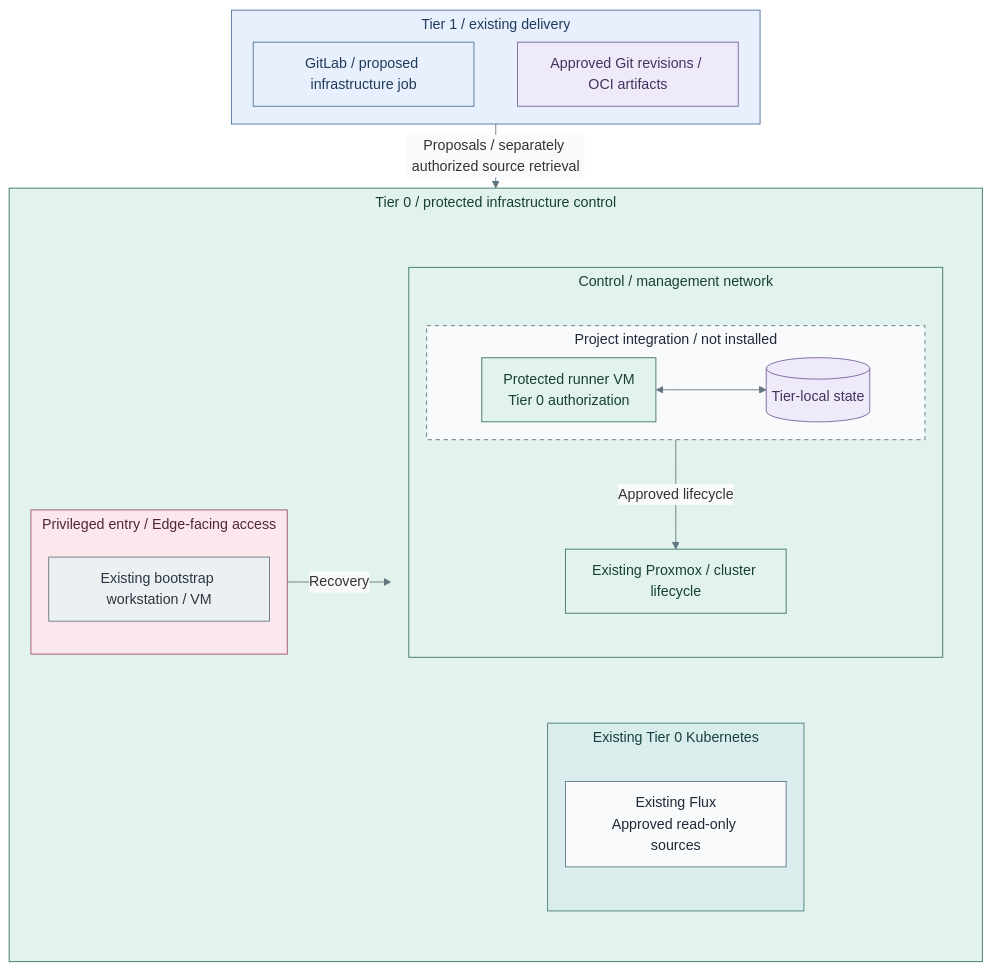
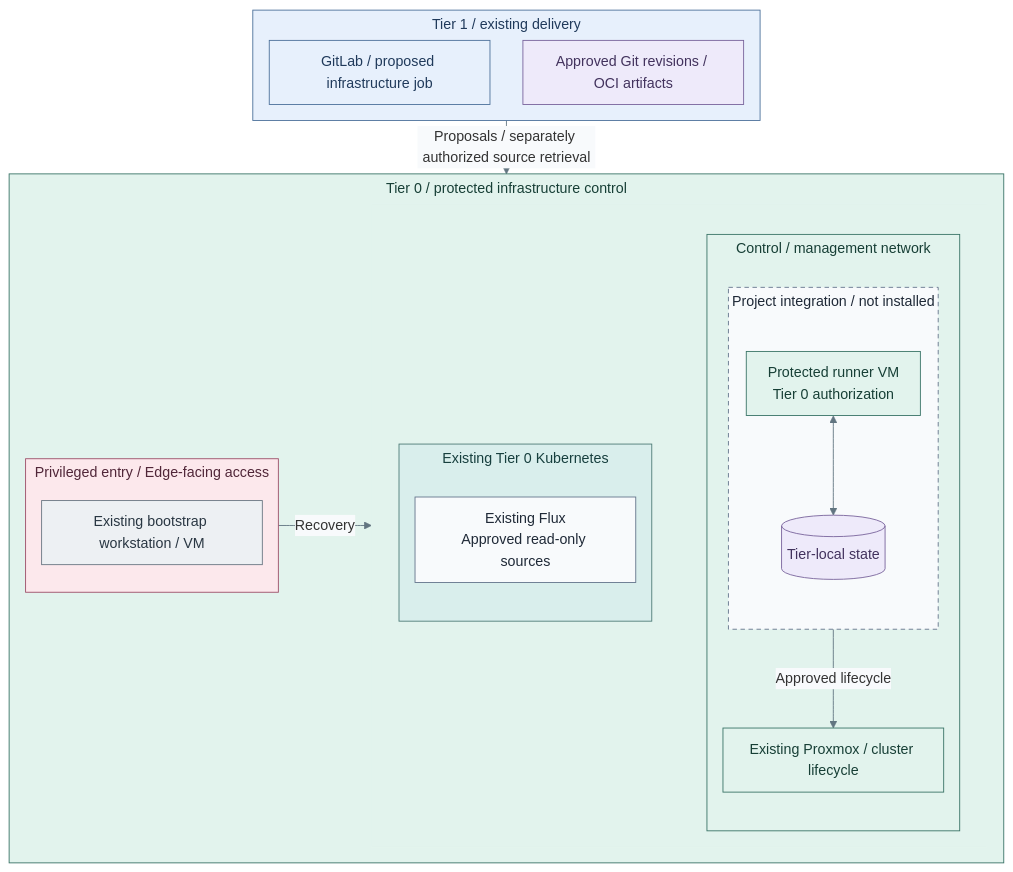
One commit to Rexus/homelab changed the second of 2 diagrams in docs/deployment/stage-5-delivery/README.md. Above: the diagram before and after it, drawn with Mermaid. The commit also changed other lines of this file and 89 other files, not shown here.

Commit message:
docs(deployment): align capability stages and diagrams

````diff
--- a/docs/deployment/stage-5-delivery/README.md
+++ b/docs/deployment/stage-5-delivery/README.md
@@ -99,52 +99,52 @@
 ```mermaid
-%%{init: {"theme":"base","flowchart":{"nodeSpacing":20,"rankSpacing":24,"padding":12,"subGraphTitleMargin":{"top":4,"bottom":12}},"themeVariables":{"lineColor":"#627581","edgeLabelBackground":"#f8fafc"}}}%%
+%%{init: {"theme":"base","flowchart":{"nodeSpacing":16,"rankSpacing":12,"padding":12,"subGraphTitleMargin":{"top":4,"bottom":12}},"themeVariables":{"lineColor":"#627581","edgeLabelBackground":"#f8fafc"}}}%%
 flowchart TB
   subgraph T1["Tier 1 / existing delivery"]
     Git["GitLab / proposed infrastructure job"]
     Sources["Approved Git revisions / OCI artifacts"]
     Git ~~~ Sources
   end
   subgraph T0["Tier 0 / protected infrastructure control"]
     direction LR
       subgraph Entry["Privileged entry / Edge-facing access"]
         Bootstrap["Existing bootstrap workstation / VM"]
       end
       subgraph ControlArea[" "]
-        direction TB
+        direction LR
+      subgraph Cluster["Existing Tier 0 Kubernetes"]
+        Flux["Existing Flux<br/>Approved read-only sources"]
+      end
       subgraph Management["Control / management network"]
         direction TB
         subgraph Integration["Project integration / not installed"]
-          direction LR
+          direction TB
           Runner["Protected runner VM<br/>Tier 0 authorization"]
           State[("Tier-local state")]
           Runner <--> State
         end
         PVE["Existing Proxmox / cluster lifecycle"]
-        Integration -->|Approved lifecycle| PVE
+        Runner -->|Approved lifecycle| PVE
       end
-      subgraph Cluster["Existing Tier 0 Kubernetes"]
-        Flux["Existing Flux<br/>Approved read-only sources"]
-      end
-      Management ~~~ Cluster
+      Cluster ~~~ Management
       end
       Entry -->|Recovery| ControlArea
   end
   T1 -->|Proposals / separately authorized source retrieval| T0
   classDef default fill:#f8fafc,stroke:#64748b,color:#1f2937
   classDef services fill:#e7f0fc,stroke:#4d719b,color:#203a5b
   classDef control fill:#e2f3ed,stroke:#397366,color:#173f36
   classDef controlHeading fill:#e2f3ed,stroke:#e2f3ed,color:#173f36
   classDef runtime fill:#d9eeec,stroke:#4d7b77,color:#173f3e
   classDef edge fill:#fce8ec,stroke:#9b4d67,color:#502638
   classDef actor fill:#edf0f3,stroke:#697682,color:#293642
   classDef data fill:#eeeafa,stroke:#78639b,color:#42325d
   classDef replicas fill:#f8fafc,stroke:#64748b,color:#1f2937,stroke-dasharray:5 4
   class T1,Git services
   class T0,Management,Runner,PVE control
   class ControlArea controlHeading
   class Cluster runtime
   class Entry edge
   class Bootstrap actor
   class State,Sources data
   class Integration replicas
 ```
````
